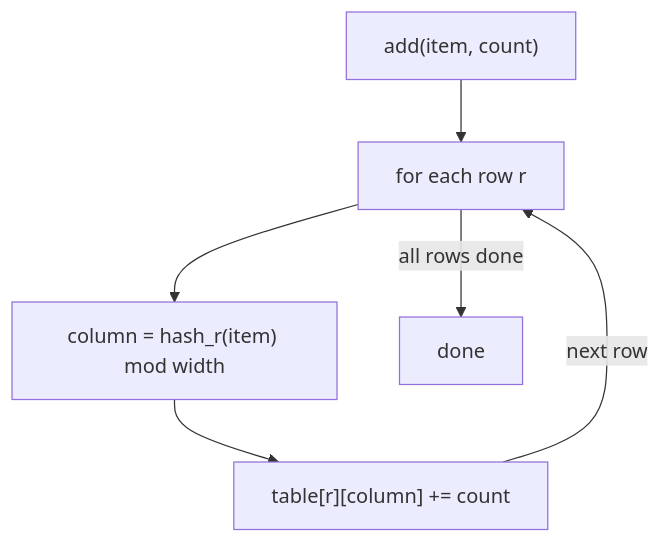
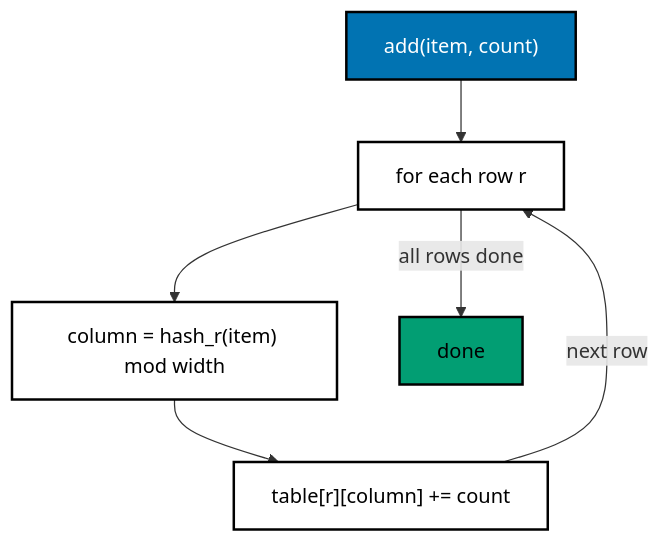
One commit to wahidyankf/grind-in-public changed the first of 2 diagrams in drill/system-design-algos/in-python/algo_20_count_min_sketch.md. Above: the diagram before and after it, drawn with Mermaid. The commit also changed other lines of this file and 22 other files, not shown here.

First line of the commit message:
docs: use accessible palette in mermaid diagrams

````diff
--- a/drill/system-design-algos/in-python/algo_20_count_min_sketch.md
+++ b/drill/system-design-algos/in-python/algo_20_count_min_sketch.md
@@ -40,12 +40,18 @@
 ```mermaid
 flowchart TD
   accTitle: Count-min add
   accDescr {
     Shows how add goes through each row and adds the count to one cell per row.
   }
   A["add(item, count)"] --> B["for each row r"]
   B --> C["column = hash_r(item) mod width"]
   C --> D["table[r][column] += count"]
   D -->|next row| B
   B -->|all rows done| E[done]
+  classDef default fill:#FFFFFF,stroke:#000000,color:#000000,stroke-width:2px
+  classDef blue fill:#0173B2,stroke:#000000,color:#FFFFFF,stroke-width:2px
+  classDef orange fill:#DE8F05,stroke:#000000,color:#000000,stroke-width:2px
+  classDef teal fill:#029E73,stroke:#000000,color:#000000,stroke-width:2px
+  class A blue
+  class E teal
 ```
````
